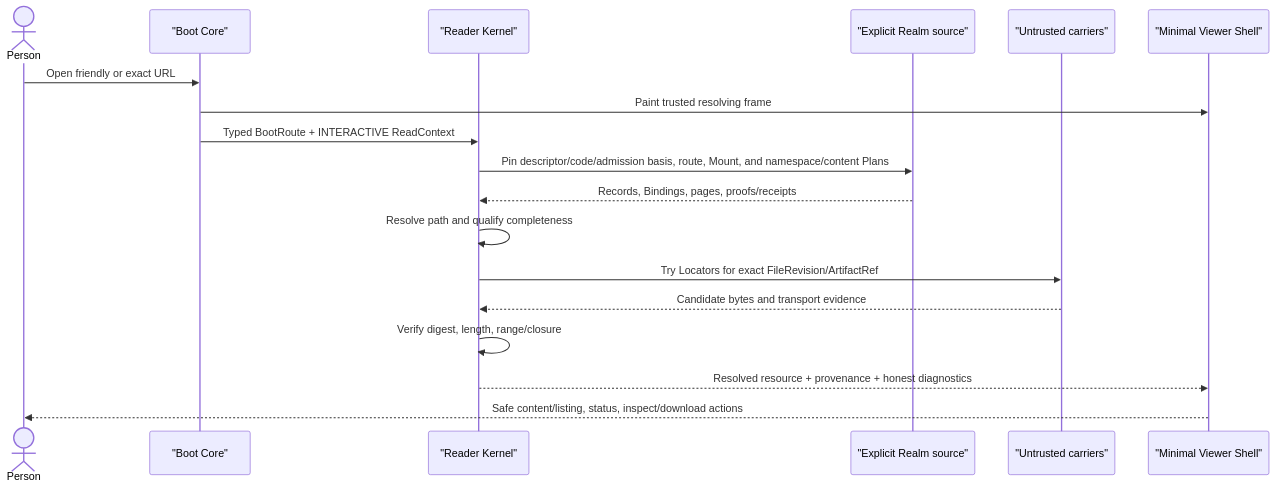
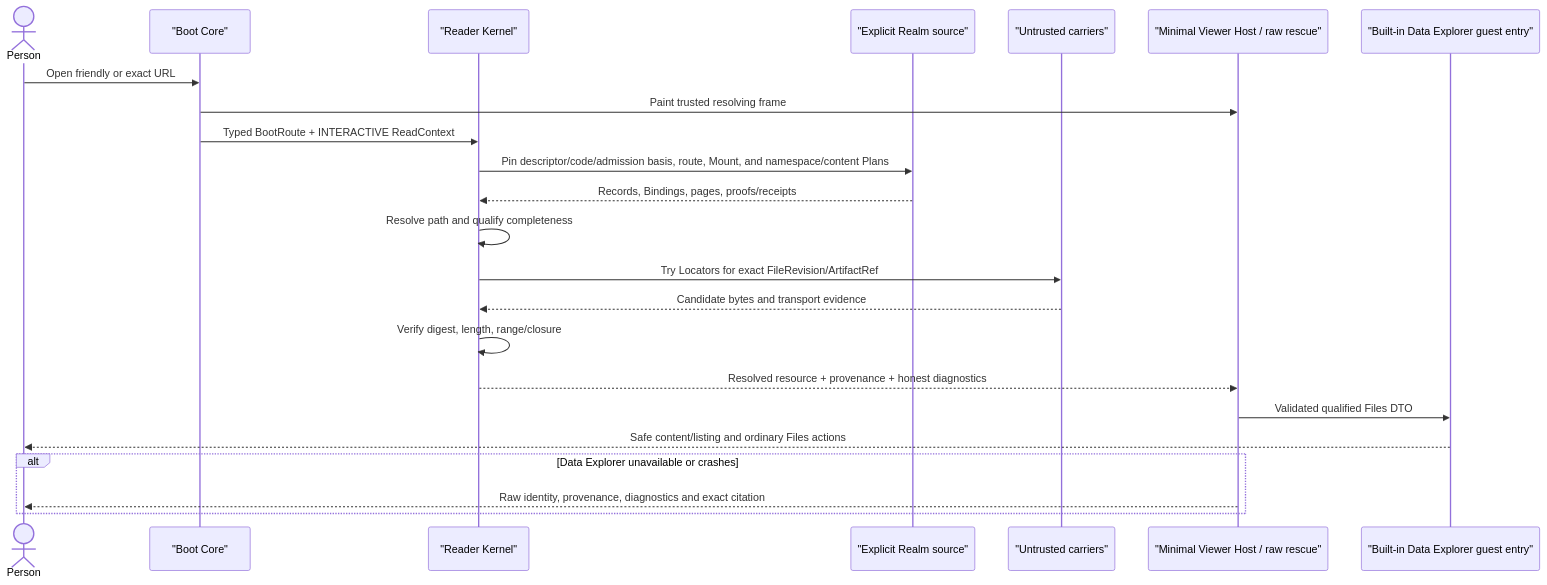
Before and after one commit to efs-project/planning: the diagram in Designs/web-client-os/mvp-and-acceptance.md, drawn with Mermaid. The commit also changed other lines of this file and 10 other files, not shown here.

````diff
--- a/Designs/web-client-os/mvp-and-acceptance.md
+++ b/Designs/web-client-os/mvp-and-acceptance.md
@@ -125,21 +125,26 @@
 ```mermaid
 sequenceDiagram
     actor Person
     participant Boot as "Boot Core"
     participant Reader as "Reader Kernel"
     participant Realm as "Explicit Realm source"
     participant Carrier as "Untrusted carriers"
-    participant View as "Minimal Viewer Shell"
+    participant Host as "Minimal Viewer Host / raw rescue"
+    participant Explorer as "Built-in Data Explorer guest entry"
 
     Person->>Boot: Open friendly or exact URL
-    Boot->>View: Paint trusted resolving frame
+    Boot->>Host: Paint trusted resolving frame
     Boot->>Reader: Typed BootRoute + INTERACTIVE ReadContext
     Reader->>Realm: Pin descriptor/code/admission basis, route, Mount, and namespace/content Plans
     Realm-->>Reader: Records, Bindings, pages, proofs/receipts
     Reader->>Reader: Resolve path and qualify completeness
     Reader->>Carrier: Try Locators for exact FileRevision/ArtifactRef
     Carrier-->>Reader: Candidate bytes and transport evidence
     Reader->>Reader: Verify digest, length, range/closure
-    Reader-->>View: Resolved resource + provenance + honest diagnostics
-    View-->>Person: Safe content/listing, status, inspect/download actions
+    Reader-->>Host: Resolved resource + provenance + honest diagnostics
+    Host->>Explorer: Validated qualified Files DTO
+    Explorer-->>Person: Safe content/listing and ordinary Files actions
+    alt Data Explorer unavailable or crashes
+      Host-->>Person: Raw identity, provenance, diagnostics and exact citation
+    end
 ```
````
